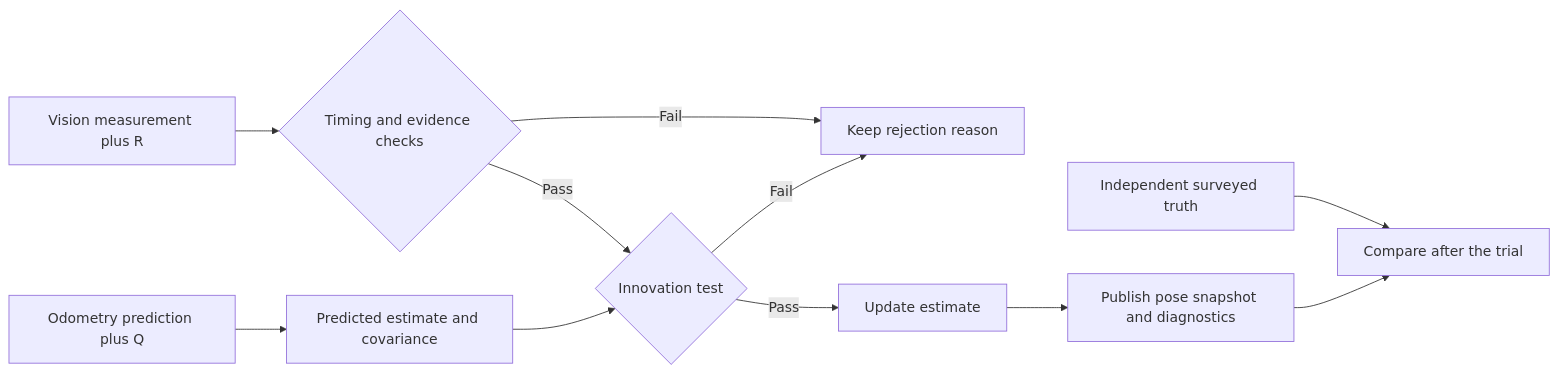
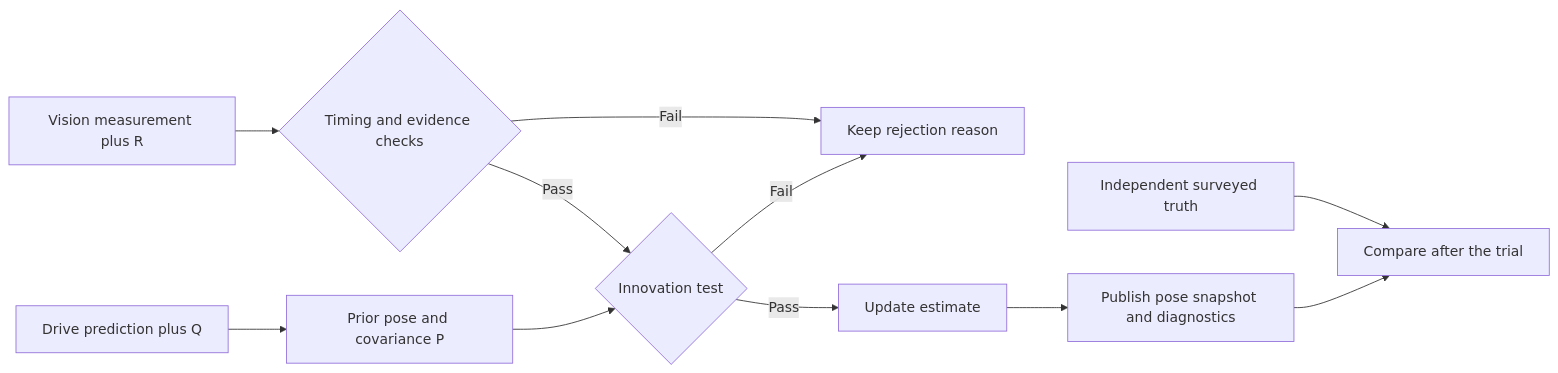
One commit to ARES-23247/ARESWEB changed the diagram in content/learning/controls/06-sensor-fusion.md. Above: the diagram before and after it, drawn with Mermaid. The commit also changed other lines of this file and 4 other files, not shown here.

````diff
--- a/content/learning/controls/06-sensor-fusion.md
+++ b/content/learning/controls/06-sensor-fusion.md
@@ -85,14 +109,14 @@
 ```mermaid
 %% aria: Odometry predicts a pose and uncertainty. A vision measurement and uncertainty pass through timing and innovation checks. Accepted evidence updates the estimate. Rejected evidence keeps a reason. Independent truth tests the result but never enters the update.
 flowchart LR
-  O["Odometry prediction plus Q"] --> P["Predicted estimate and covariance"]
+  O["Drive prediction plus Q"] --> P["Prior pose and covariance P"]
   V["Vision measurement plus R"] --> G{"Timing and evidence checks"}
   G -->|Pass| I{"Innovation test"}
   G -->|Fail| D["Keep rejection reason"]
   I -->|Pass| U["Update estimate"]
   I -->|Fail| D
   P --> I
   U --> E["Publish pose snapshot and diagnostics"]
   T["Independent surveyed truth"] --> C["Compare after the trial"]
   E --> C
 ```
````
